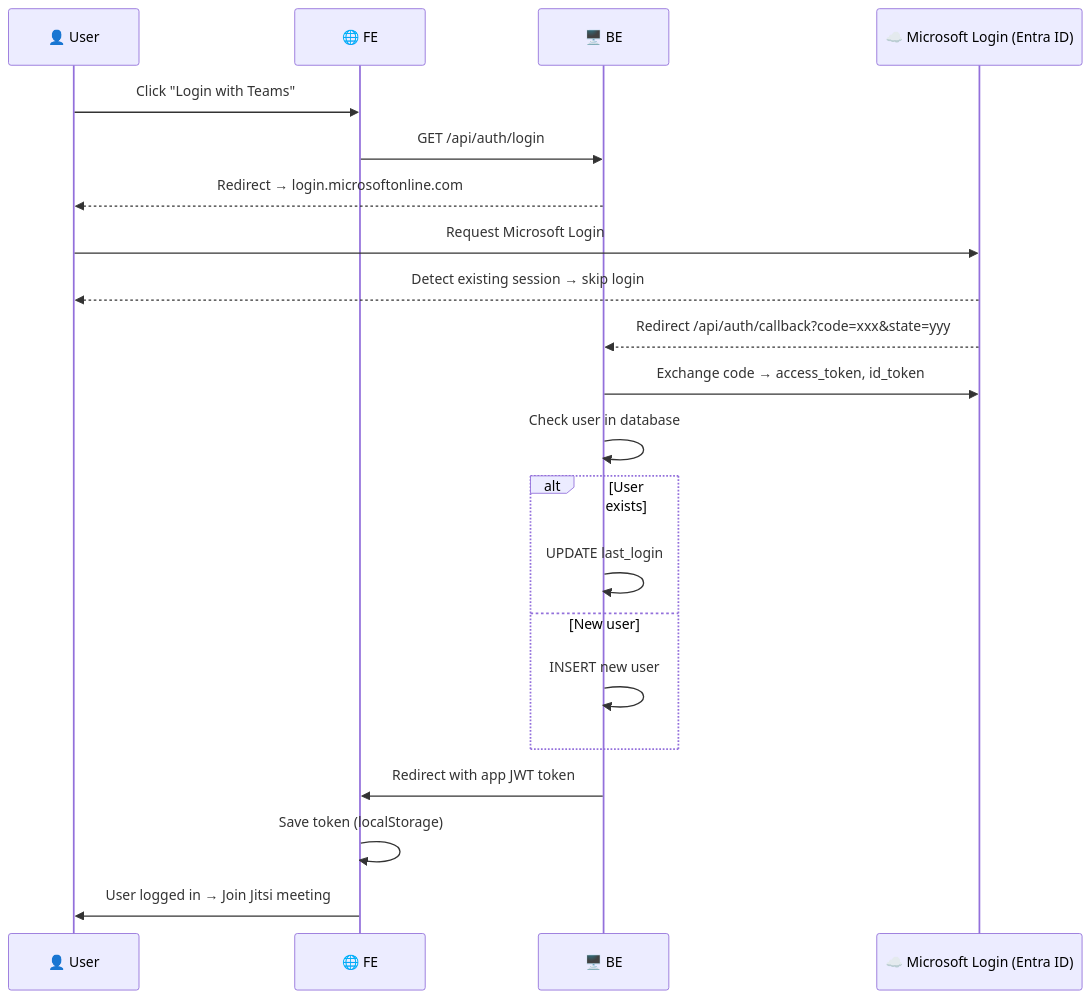
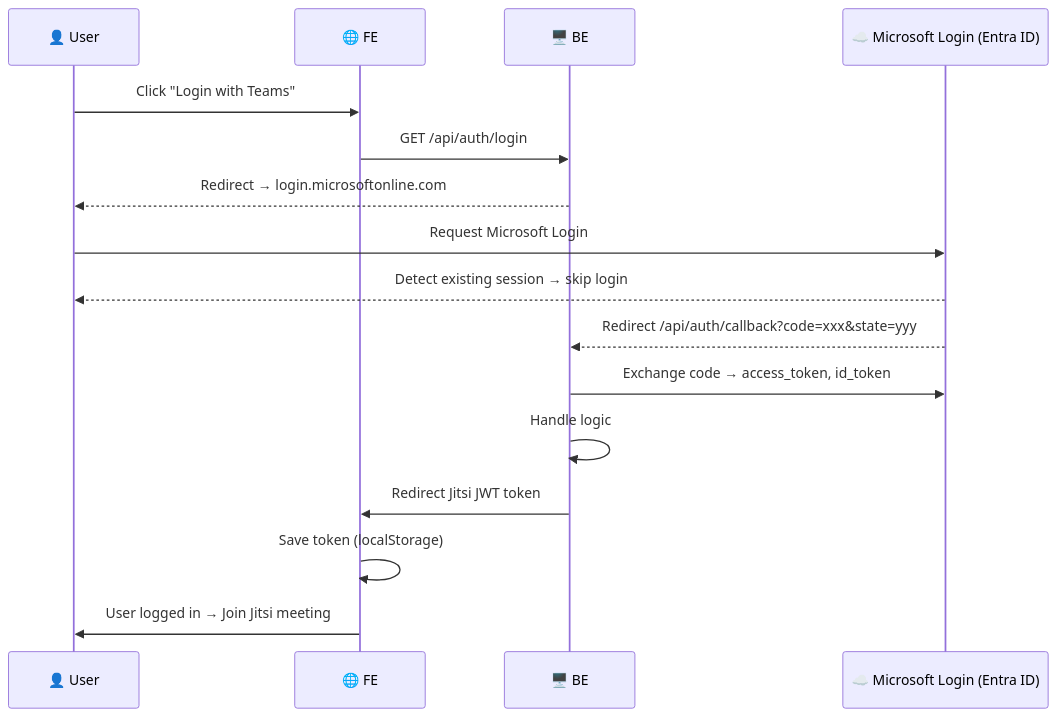
One commit to pnam16/foam changed the diagram in projects/GEM/video-conference/flow.md. Above: the diagram before and after it, drawn with Mermaid. The commit also changed other lines of this file, not shown here.

````diff
--- a/projects/GEM/video-conference/flow.md
+++ b/projects/GEM/video-conference/flow.md
@@ -71,24 +34,19 @@
 ```mermaid
 sequenceDiagram
     participant U as 👤 User
     participant F as 🌐 FE
     participant B as 🖥️ BE
     participant M as ☁️ Microsoft Login (Entra ID)
 
     U->>F: Click "Login with Teams"
     F->>B: GET /api/auth/login
     B-->>U: Redirect → login.microsoftonline.com
     U->>M: Request Microsoft Login
     M-->>U: Detect existing session → skip login
     M-->>B: Redirect /api/auth/callback?code=xxx&state=yyy
     B->>M: Exchange code → access_token, id_token
-    B->>B: Check user in database
-    alt User exists
-        B->>B: UPDATE last_login
-    else New user
-        B->>B: INSERT new user
-    end
-    B->>F: Redirect with app JWT token
+    B->>B: Handle logic
+    B->>F: Redirect Jitsi JWT token
     F->>F: Save token (localStorage)
     F->>U: User logged in → Join Jitsi meeting
 ```
````
